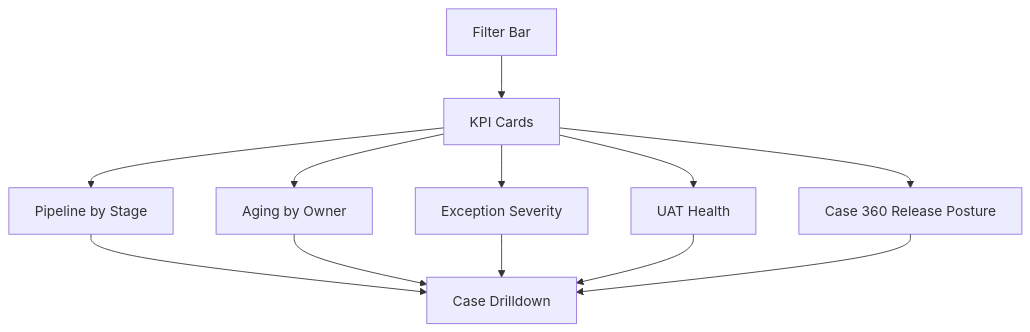
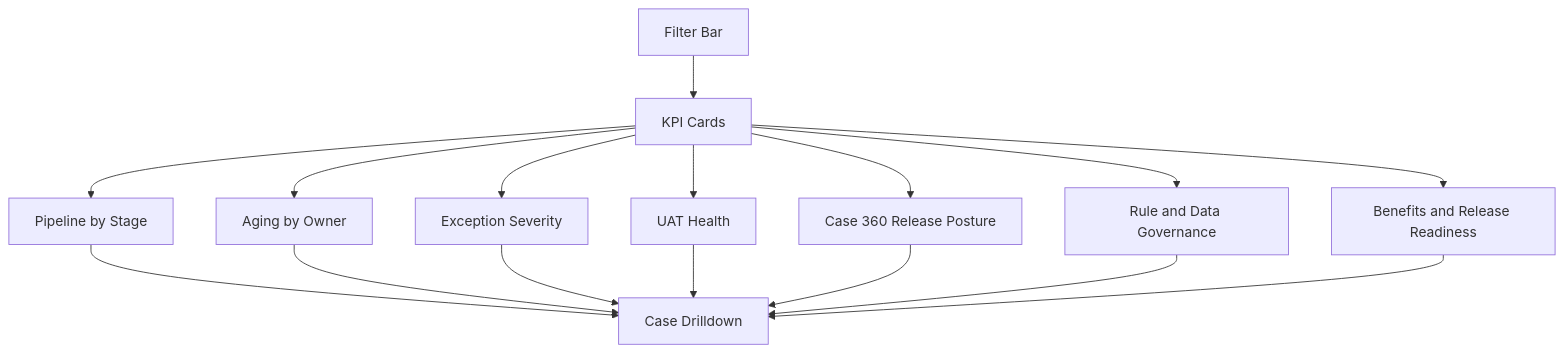
One commit to Xiang13-gif/business-credit-system-enhancement-case-study changed the diagram in docs/10-dashboard-mockup.md. Above: the diagram before and after it, drawn with Mermaid. The commit also changed other lines of this file and 41 other files, not shown here.

````diff
--- a/docs/10-dashboard-mockup.md
+++ b/docs/10-dashboard-mockup.md
@@ -64,14 +69,18 @@
 ```mermaid
 flowchart TD
     A[Filter Bar] --> B[KPI Cards]
     B --> C[Pipeline by Stage]
     B --> D[Aging by Owner]
     B --> E[Exception Severity]
     B --> G[UAT Health]
     B --> H[Case 360 Release Posture]
+    B --> I[Rule and Data Governance]
+    B --> J[Benefits and Release Readiness]
     C --> F[Case Drilldown]
     D --> F
     E --> F
     G --> F
     H --> F
+    I --> F
+    J --> F
 ```
````
